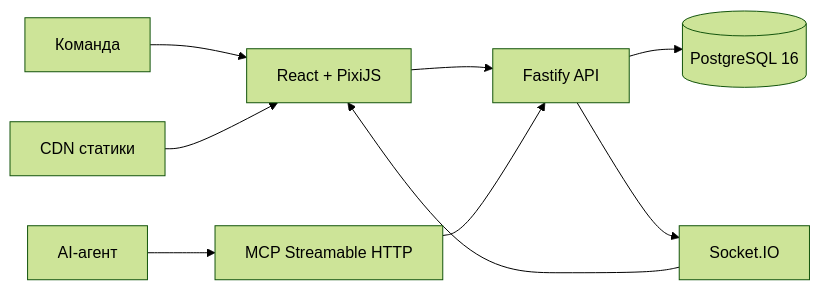
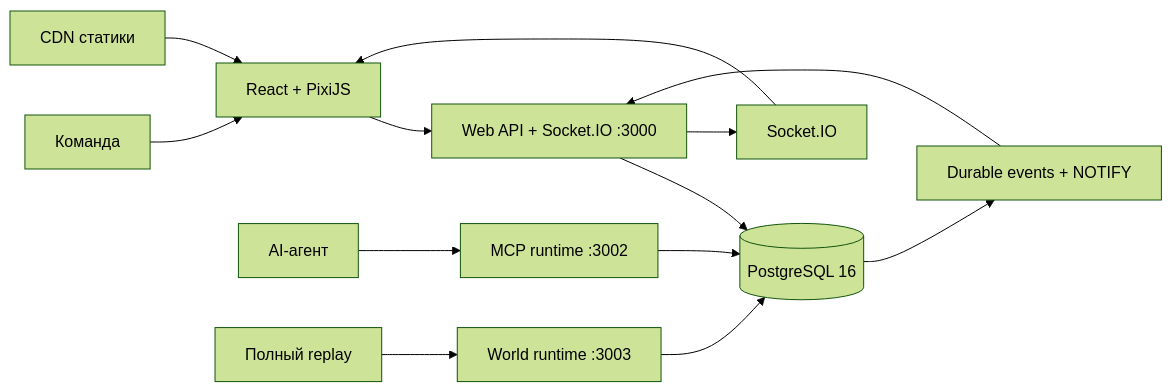
The diagram in README.md (afkbot-io/tasktopia), drawn with Mermaid (forest theme) before and after one commit. The commit also changed other lines of this file and 34 other files, not shown here.

````diff
--- a/README.md
+++ b/README.md
@@ -216,11 +216,15 @@
 ```mermaid
 flowchart LR
     Team["Команда"] --> Web["React + PixiJS"]
-    Agent["AI-агент"] --> MCP["MCP Streamable HTTP"]
-    Web --> API["Fastify API"]
-    MCP --> API
+    Agent["AI-агент"] --> MCP["MCP runtime :3002"]
+    Web --> API["Web API + Socket.IO :3000"]
+    Operator["Полный replay"] --> World["World runtime :3003"]
     API --> DB[("PostgreSQL 16")]
-    API --> Events["Socket.IO"]
-    Events --> Web
+    MCP --> DB
+    World --> DB
+    DB --> Events["Durable events + NOTIFY"]
+    Events --> API
+    API --> Socket["Socket.IO"]
+    Socket --> Web
     CDN["CDN статики"] --> Web
 ```
````
